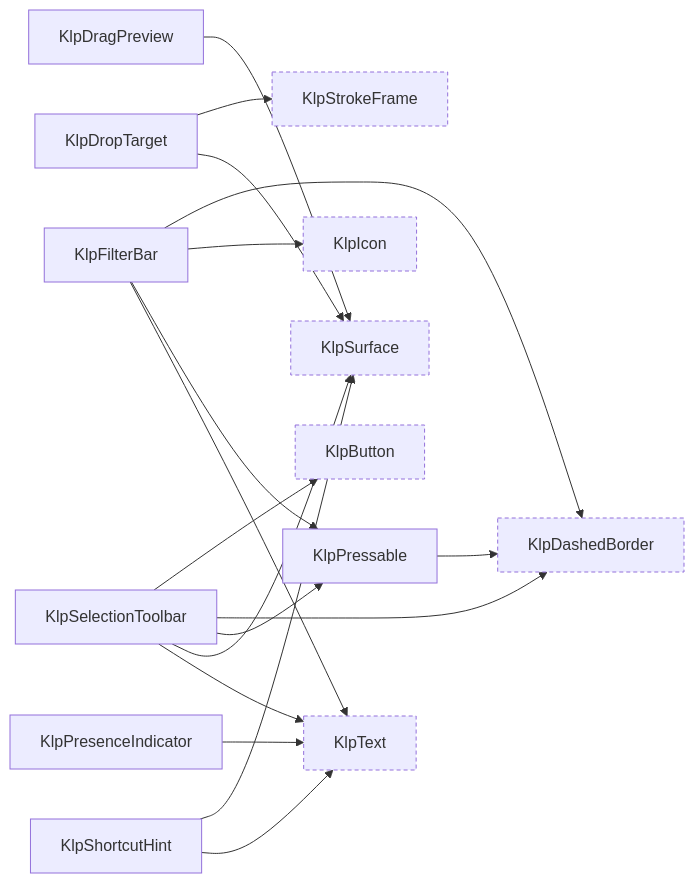
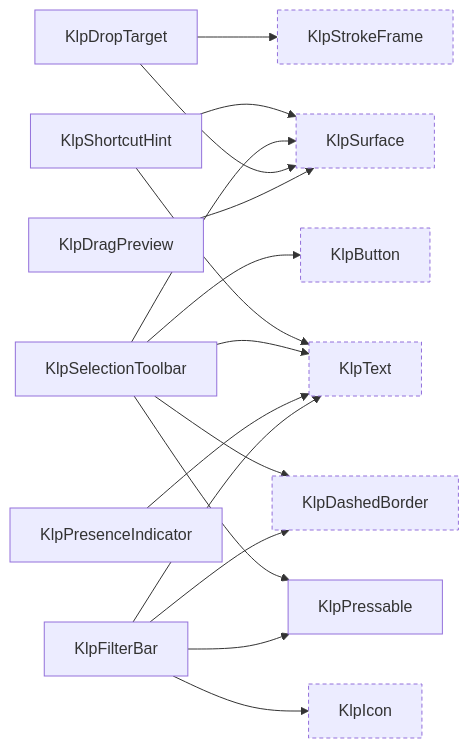
Before and after one commit to MiuDog/Kallopis: the fifth of 17 diagrams in spec/component-inventory.md, drawn with Mermaid. The commit also changed other lines of this file and 73 other files, not shown here.

````diff
--- a/spec/component-inventory.md
+++ b/spec/component-inventory.md
@@ -277,33 +279,32 @@
 ```mermaid
 graph LR
   KlpButton["KlpButton"]:::external
   KlpDashedBorder["KlpDashedBorder"]:::external
   KlpDragPreview["KlpDragPreview"]
   KlpDropTarget["KlpDropTarget"]
   KlpFilterBar["KlpFilterBar"]
   KlpIcon["KlpIcon"]:::external
   KlpPresenceIndicator["KlpPresenceIndicator"]
   KlpPressable["KlpPressable"]
   KlpSelectionToolbar["KlpSelectionToolbar"]
   KlpShortcutHint["KlpShortcutHint"]
   KlpStrokeFrame["KlpStrokeFrame"]:::external
   KlpSurface["KlpSurface"]:::external
   KlpText["KlpText"]:::external
   KlpDragPreview --> KlpSurface
   KlpDropTarget --> KlpStrokeFrame
   KlpDropTarget --> KlpSurface
   KlpFilterBar --> KlpDashedBorder
   KlpFilterBar --> KlpIcon
   KlpFilterBar --> KlpPressable
   KlpFilterBar --> KlpText
   KlpPresenceIndicator --> KlpText
-  KlpPressable --> KlpDashedBorder
   KlpSelectionToolbar --> KlpButton
   KlpSelectionToolbar --> KlpDashedBorder
   KlpSelectionToolbar --> KlpPressable
   KlpSelectionToolbar --> KlpSurface
   KlpSelectionToolbar --> KlpText
   KlpShortcutHint --> KlpSurface
   KlpShortcutHint --> KlpText
   classDef external stroke-dasharray: 4 3;
 ```
````
